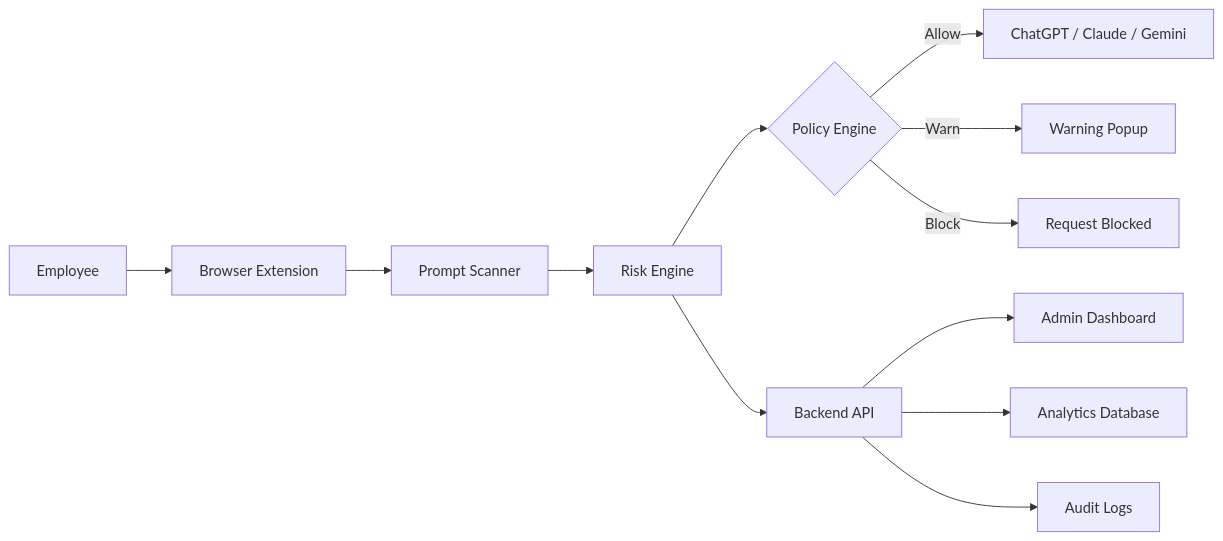
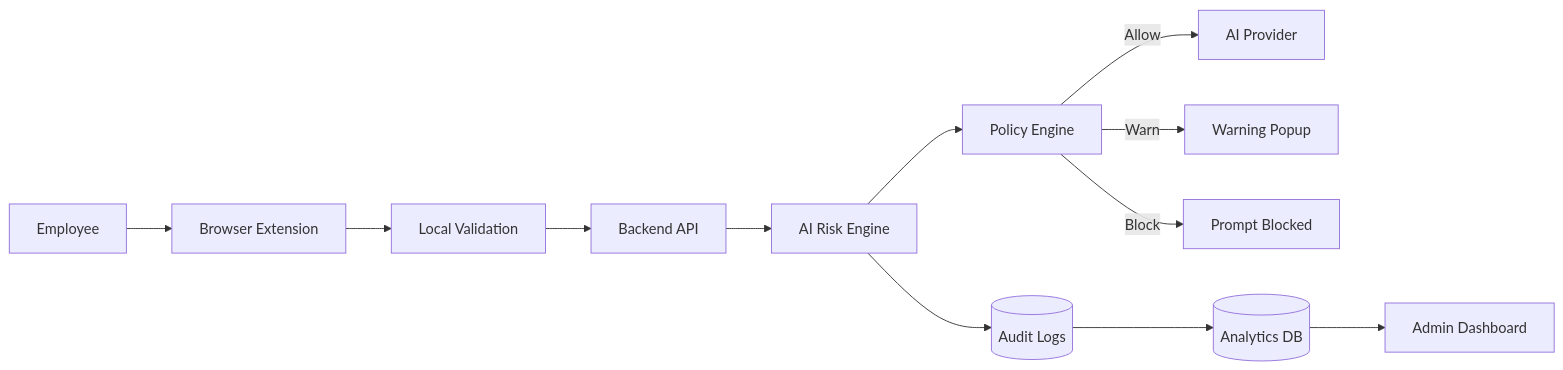
Before and after one commit to DurvaShidruk/ShadowAI: the first of 11 diagrams in docs/ARCHITECTURE.md, drawn with Mermaid. The commit also changed other lines of this file, not shown here.

````diff
--- a/docs/ARCHITECTURE.md
+++ b/docs/ARCHITECTURE.md
@@ -45,27 +10,16 @@
 ```mermaid
 flowchart LR
+A[Employee] --> B[Browser Extension]
+B --> C[Local Validation]
+C --> D[Backend API]
+D --> E[AI Risk Engine]
+E --> F[Policy Engine]
 
-A[Employee]
+F -->|Allow| G[AI Provider]
+F -->|Warn| H[Warning Popup]
+F -->|Block| I[Prompt Blocked]
 
-A --> B[Browser Extension]
-
-B --> C[Prompt Scanner]
-
-C --> D[Risk Engine]
-
-D --> E{Policy Engine}
-
-E -->|Allow| F[ChatGPT / Claude / Gemini]
-
-E -->|Warn| G[Warning Popup]
-
-E -->|Block| H[Request Blocked]
-
-D --> I[Backend API]
-
-I --> J[Admin Dashboard]
-
-I --> K[Analytics Database]
-
-I --> L[Audit Logs]
+E --> J[(Audit Logs)]
+J --> K[(Analytics DB)]
+K --> L[Admin Dashboard]
 ```
````
